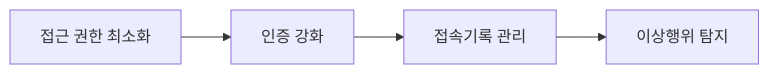
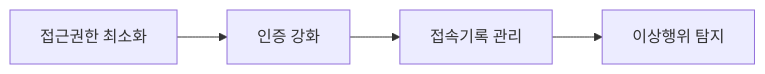
One commit to coninggu/wjdqhrhksflrltnftk changed the diagram in content/mydata-transfer-security.md. Above: the diagram before and after it, drawn with Mermaid. The commit also changed other lines of this file and 6 other files, not shown here.

````diff
--- a/content/mydata-transfer-security.md
+++ b/content/mydata-transfer-security.md
@@ -21,6 +25,6 @@
 ```mermaid
 flowchart LR
-  A[접근 권한 최소화] --> B[인증 강화]
+  A[접근권한 최소화] --> B[인증 강화]
   B --> C[접속기록 관리]
   C --> D[이상행위 탐지]
 ```
````
